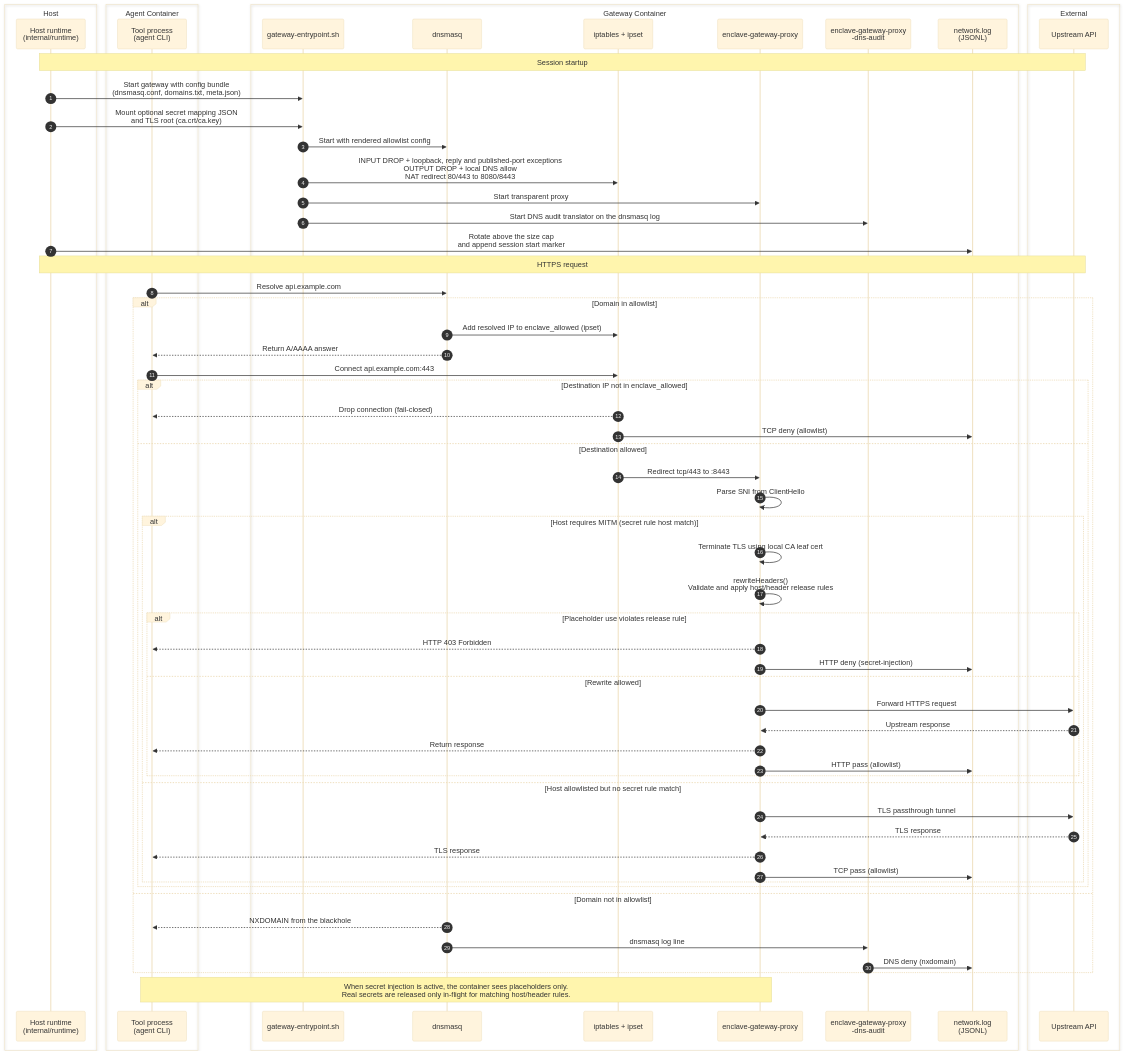
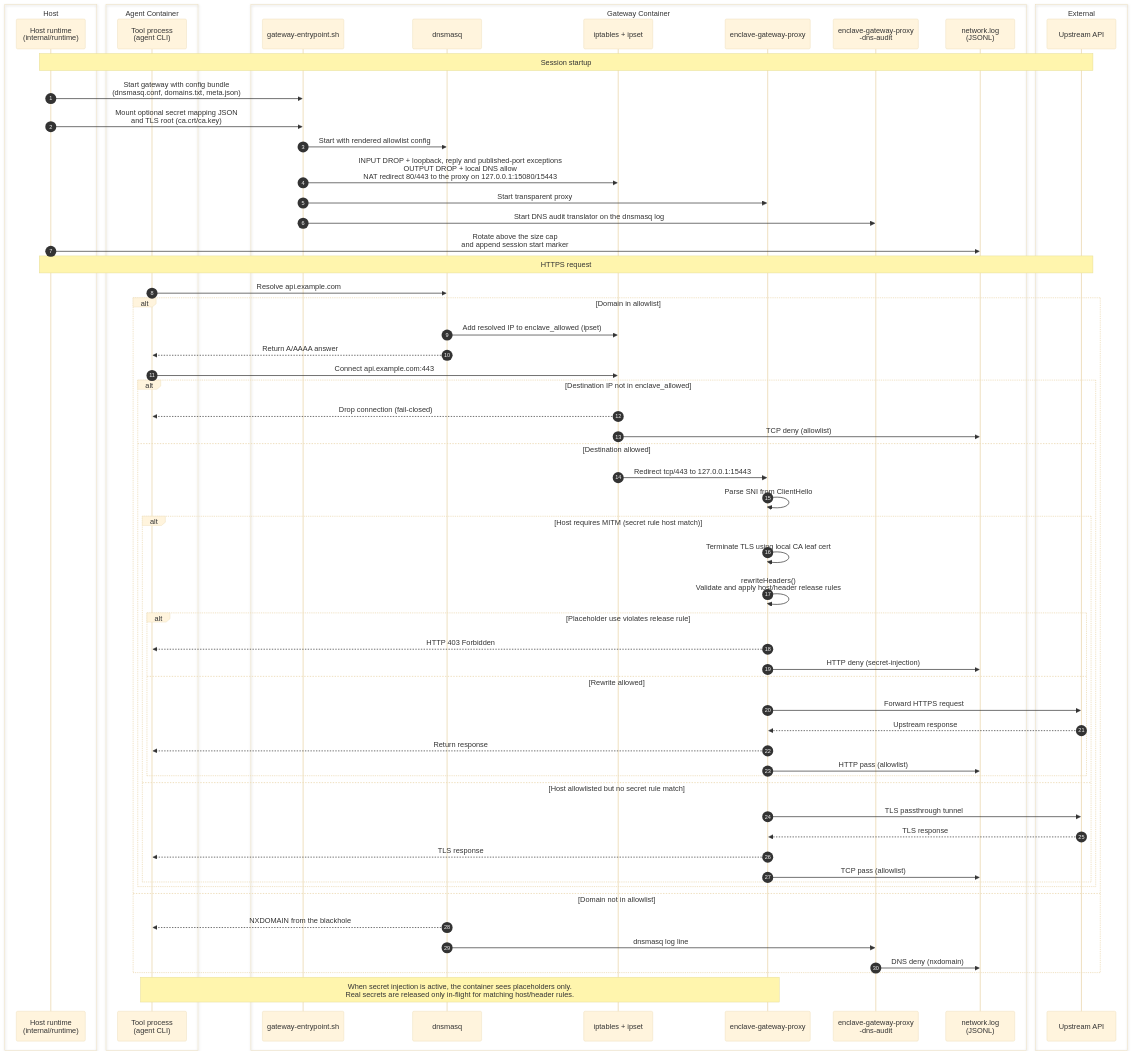
One commit to eclipse-enclave/enclave changed the first of 2 diagrams in docs/runtime/network-request-flow.md. Above: the diagram before and after it, drawn with Mermaid (base theme). The commit also changed other lines of this file and 13 other files, not shown here.

First line of the commit message:
fix: keep the gateway proxy off published ports

````diff
--- a/docs/runtime/network-request-flow.md
+++ b/docs/runtime/network-request-flow.md
@@ -7,69 +7,69 @@
 ```mermaid
 sequenceDiagram
     autonumber
     box Host
         participant Host as Host runtime<br/>(internal/runtime)
     end
     box Agent Container
         participant Tool as Tool process<br/>(agent CLI)
     end
     box Gateway Container
         participant Entry as gateway-entrypoint.sh
         participant DNS as dnsmasq
         participant FW as iptables + ipset
         participant Proxy as enclave-gateway-proxy
         participant Audit as enclave-gateway-proxy<br/>-dns-audit
         participant Log as network.log<br/>(JSONL)
     end
     box External
         participant API as Upstream API
     end
 
     Note over Host,API: Session startup
     Host->>Entry: Start gateway with config bundle<br/>(dnsmasq.conf, domains.txt, meta.json)
     Host->>Entry: Mount optional secret mapping JSON<br/>and TLS root (ca.crt/ca.key)
     Entry->>DNS: Start with rendered allowlist config
-    Entry->>FW: INPUT DROP + loopback, reply and published-port exceptions<br/>OUTPUT DROP + local DNS allow<br/>NAT redirect 80/443 to 8080/8443
+    Entry->>FW: INPUT DROP + loopback, reply and published-port exceptions<br/>OUTPUT DROP + local DNS allow<br/>NAT redirect 80/443 to the proxy on 127.0.0.1:15080/15443
     Entry->>Proxy: Start transparent proxy
     Entry->>Audit: Start DNS audit translator on the dnsmasq log
     Host->>Log: Rotate above the size cap<br/>and append session start marker
 
     Note over Host,API: HTTPS request
     Tool->>DNS: Resolve api.example.com
     alt Domain in allowlist
         DNS->>FW: Add resolved IP to enclave_allowed (ipset)
         DNS-->>Tool: Return A/AAAA answer
         Tool->>FW: Connect api.example.com:443
         alt Destination IP not in enclave_allowed
             FW-->>Tool: Drop connection (fail-closed)
             FW->>Log: TCP deny (allowlist)
         else Destination allowed
-            FW->>Proxy: Redirect tcp/443 to :8443
+            FW->>Proxy: Redirect tcp/443 to 127.0.0.1:15443
             Proxy->>Proxy: Parse SNI from ClientHello
             alt Host requires MITM (secret rule host match)
                 Proxy->>Proxy: Terminate TLS using local CA leaf cert
                 Proxy->>Proxy: rewriteHeaders()<br/>Validate and apply host/header release rules
                 alt Placeholder use violates release rule
                     Proxy-->>Tool: HTTP 403 Forbidden
                     Proxy->>Log: HTTP deny (secret-injection)
                 else Rewrite allowed
                     Proxy->>API: Forward HTTPS request
                     API-->>Proxy: Upstream response
                     Proxy-->>Tool: Return response
                     Proxy->>Log: HTTP pass (allowlist)
                 end
             else Host allowlisted but no secret rule match
                 Proxy->>API: TLS passthrough tunnel
                 API-->>Proxy: TLS response
                 Proxy-->>Tool: TLS response
                 Proxy->>Log: TCP pass (allowlist)
             end
         end
     else Domain not in allowlist
         DNS-->>Tool: NXDOMAIN from the blackhole
         DNS->>Audit: dnsmasq log line
         Audit->>Log: DNS deny (nxdomain)
     end
 
     Note over Tool,Proxy: When secret injection is active, the container sees placeholders only.<br/>Real secrets are released only in-flight for matching host/header rules.
 ```
````
